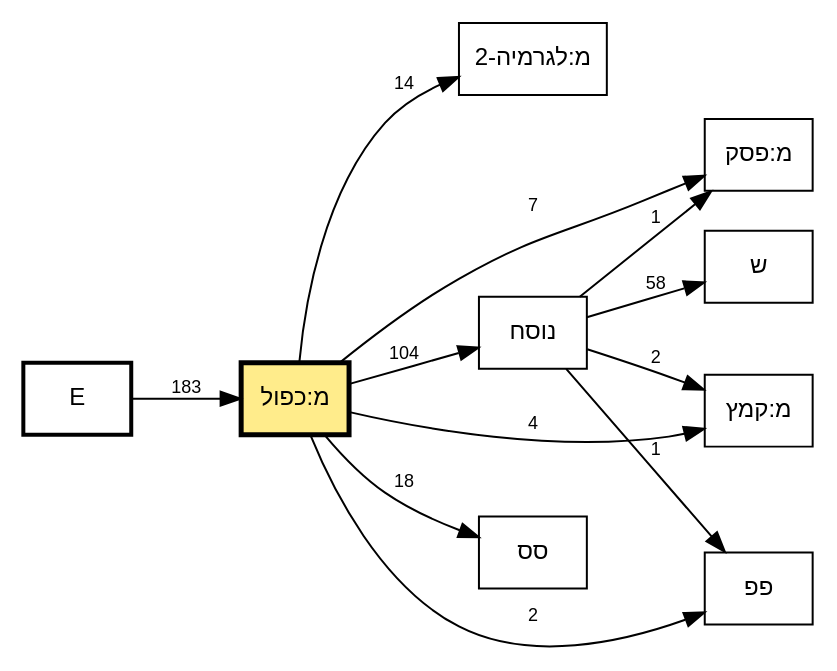
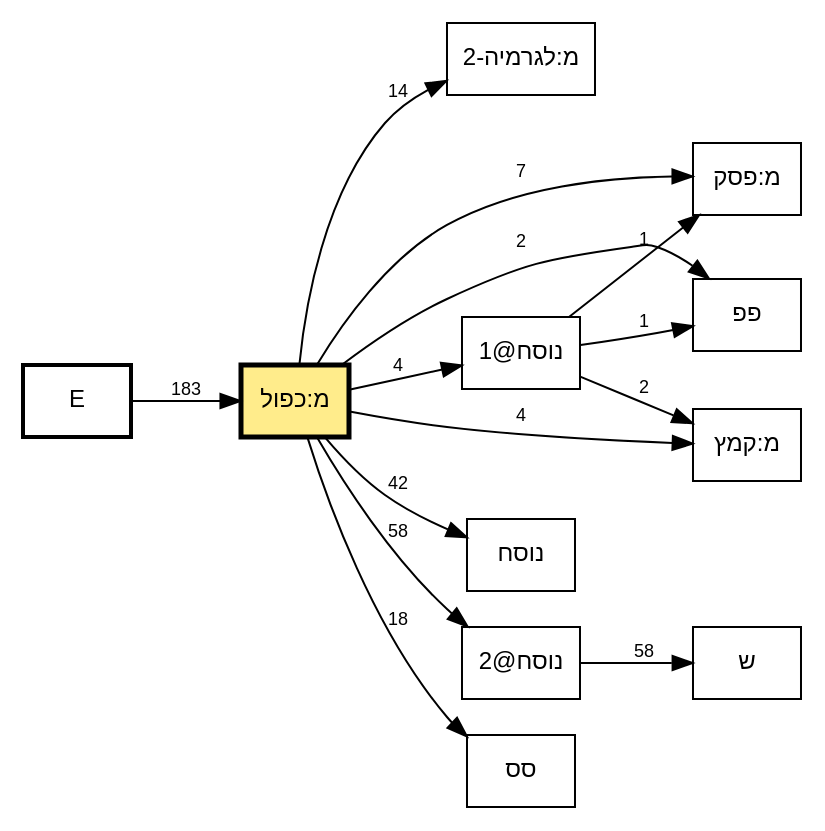
The diagram in out/tmpl-survey-plus/plus-kaful-call-graph.dot (bdenckla/MAM-basics), drawn with Graphviz before and after one commit. The commit also changed 17 other files, not shown here.

```diff
--- a/out/tmpl-survey-plus/plus-kaful-call-graph.dot
+++ b/out/tmpl-survey-plus/plus-kaful-call-graph.dot
@@ -1,29 +1,31 @@
 // This file was generated by MAM-basics/py/main_tmpl_survey.py.
 // Do not edit by hand.
 digraph template_call_graph {
     rankdir=LR;
     node [fontname="SBL Hebrew,Helvetica", fontsize=12];
     edge [fontname="Helvetica", fontsize=9];
     graph [comment="This file was generated by MAM-basics/py/main_tmpl_survey.py."];
 
     // Column nodes
     node [shape=box, style=bold];
     "E";
 
     // Template nodes
     node [shape=box, style=""];
     "מ:כפול" [fillcolor="lightgoldenrod1", style="filled", penwidth=2.5];
 
     // Edges
     "E" -> "מ:כפול" [label="183"];
     "מ:כפול" -> "מ:לגרמיה-2" [label="14"];
     "מ:כפול" -> "מ:פסק" [label="7"];
     "מ:כפול" -> "מ:קמץ" [label="4"];
-    "מ:כפול" -> "נוסח" [label="104"];
+    "מ:כפול" -> "נוסח" [label="42"];
+    "מ:כפול" -> "נוסח@1" [label="4"];
+    "מ:כפול" -> "נוסח@2" [label="58"];
     "מ:כפול" -> "סס" [label="18"];
     "מ:כפול" -> "פפ" [label="2"];
-    "נוסח" -> "מ:פסק" [label="1"];
-    "נוסח" -> "מ:קמץ" [label="2"];
-    "נוסח" -> "פפ" [label="1"];
-    "נוסח" -> "ש" [label="58"];
+    "נוסח@1" -> "מ:פסק" [label="1"];
+    "נוסח@1" -> "מ:קמץ" [label="2"];
+    "נוסח@1" -> "פפ" [label="1"];
+    "נוסח@2" -> "ש" [label="58"];
 }
```
